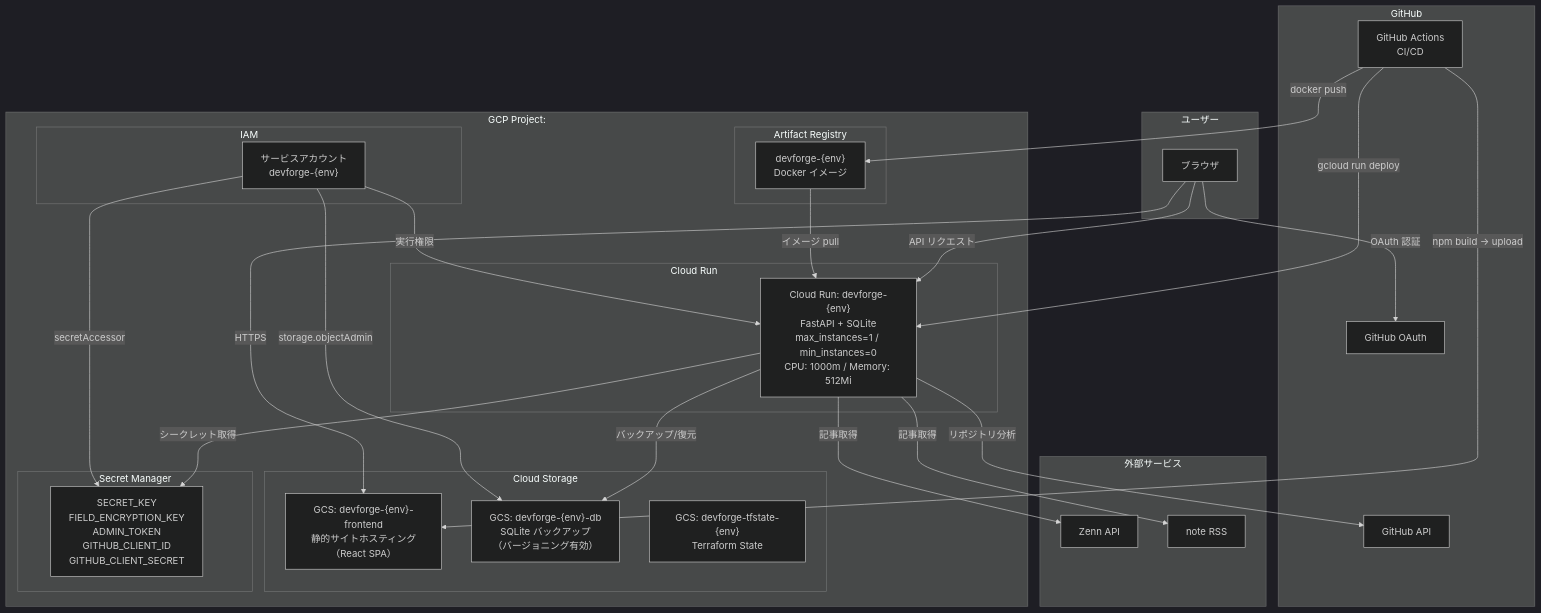
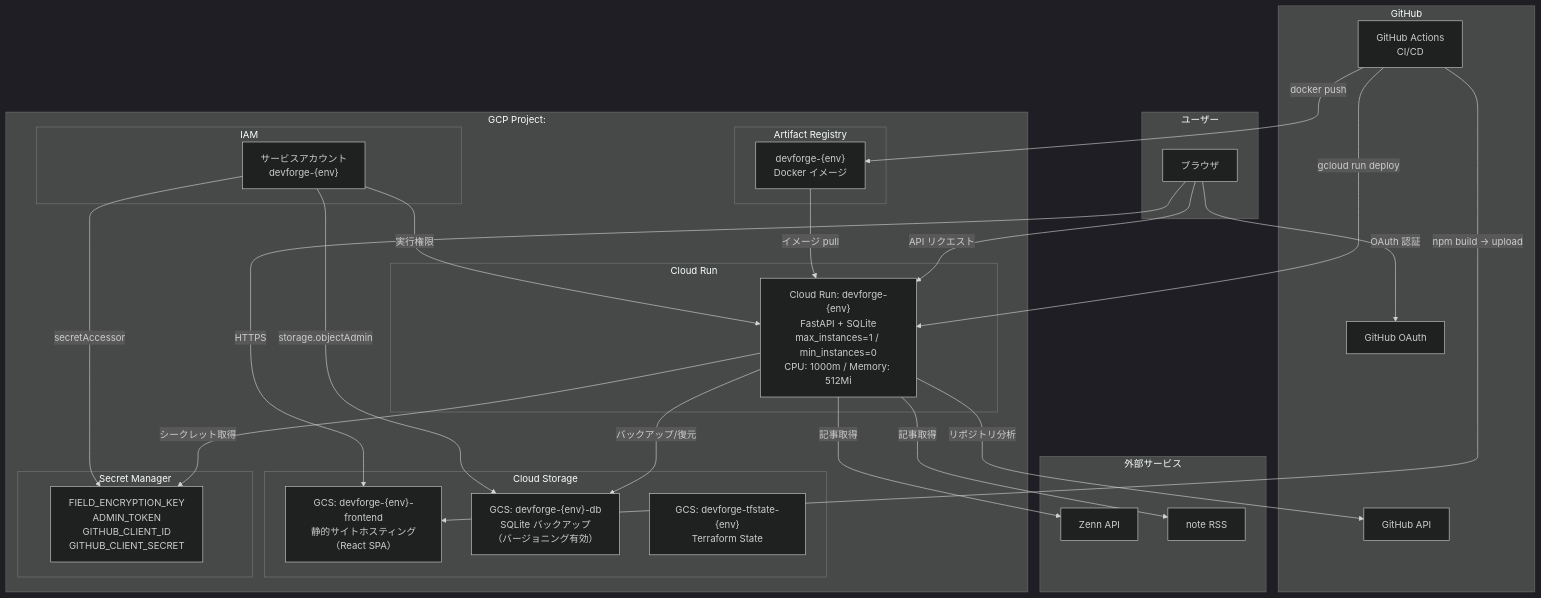
The diagram in README.md (yusuke0610/yakini), drawn with Mermaid (dark theme) before and after one commit. The commit also changed other lines of this file and 17 other files, not shown here.

````diff
--- a/README.md
+++ b/README.md
@@ -309,59 +308,59 @@
 ```mermaid
 graph TB
     subgraph "ユーザー"
         Browser["ブラウザ"]
     end
 
     subgraph "GitHub"
         GitHubActions["GitHub Actions<br/>CI/CD"]
         GitHubOAuth["GitHub OAuth"]
         GitHubAPI["GitHub API"]
     end
 
     subgraph "外部サービス"
         ZennAPI["Zenn API"]
         NoteRSS["note RSS"]
     end
 
     subgraph "GCP Project: <PROJECT_ID>"
         subgraph "Cloud Storage"
             FrontendBucket["GCS: devforge-{env}-frontend<br/>静的サイトホスティング<br/>（React SPA）"]
             DBBackupBucket["GCS: devforge-{env}-db<br/>SQLite バックアップ<br/>（バージョニング有効）"]
             TfstateBucket["GCS: devforge-tfstate-{env}<br/>Terraform State"]
         end
 
         subgraph "Cloud Run"
             CloudRun["Cloud Run: devforge-{env}<br/>FastAPI + SQLite<br/>max_instances=1 / min_instances=0<br/>CPU: 1000m / Memory: 512Mi"]
         end
 
         subgraph "Artifact Registry"
             AR["devforge-{env}<br/>Docker イメージ"]
         end
 
         subgraph "Secret Manager"
-            Secrets["SECRET_KEY<br/>FIELD_ENCRYPTION_KEY<br/>ADMIN_TOKEN<br/>GITHUB_CLIENT_ID<br/>GITHUB_CLIENT_SECRET"]
+            Secrets["FIELD_ENCRYPTION_KEY<br/>ADMIN_TOKEN<br/>GITHUB_CLIENT_ID<br/>GITHUB_CLIENT_SECRET"]
         end
 
         subgraph "IAM"
             SA["サービスアカウント<br/>devforge-{env}"]
         end
     end
 
     Browser -->|"HTTPS"| FrontendBucket
     Browser -->|"API リクエスト"| CloudRun
     Browser -->|"OAuth 認証"| GitHubOAuth
 
     GitHubActions -->|"npm build → upload"| FrontendBucket
     GitHubActions -->|"docker push"| AR
     GitHubActions -->|"gcloud run deploy"| CloudRun
 
     CloudRun -->|"バックアップ/復元"| DBBackupBucket
     CloudRun -->|"シークレット取得"| Secrets
     CloudRun -->|"リポジトリ分析"| GitHubAPI
     CloudRun -->|"記事取得"| ZennAPI
     CloudRun -->|"記事取得"| NoteRSS
     AR -->|"イメージ pull"| CloudRun
     SA -->|"実行権限"| CloudRun
     SA -->|"storage.objectAdmin"| DBBackupBucket
     SA -->|"secretAccessor"| Secrets
 ```
````
